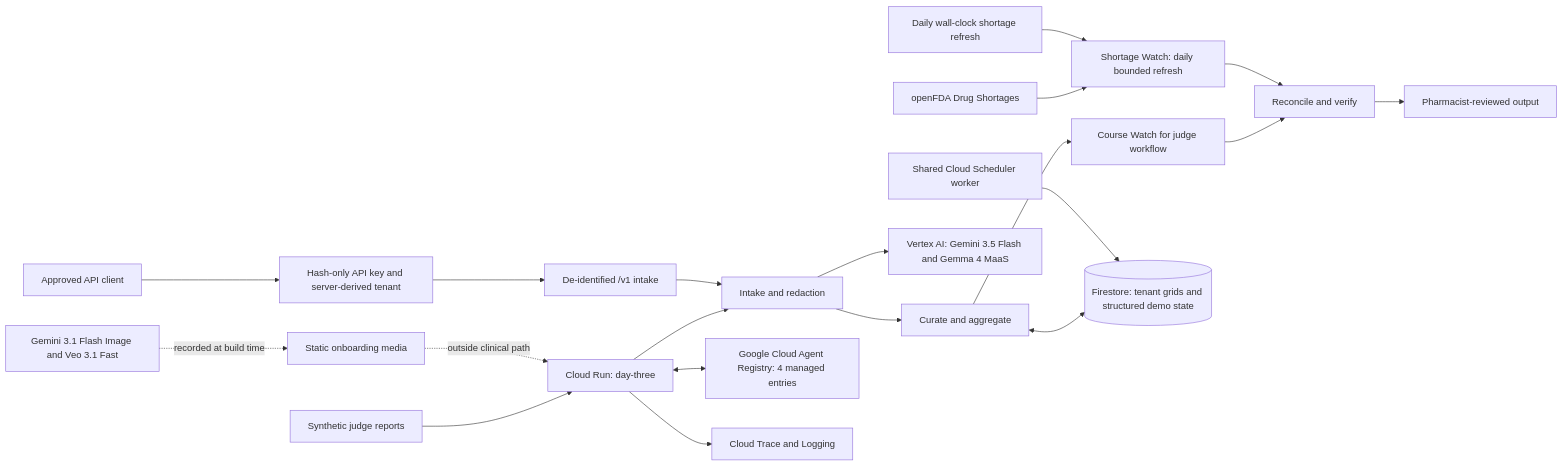
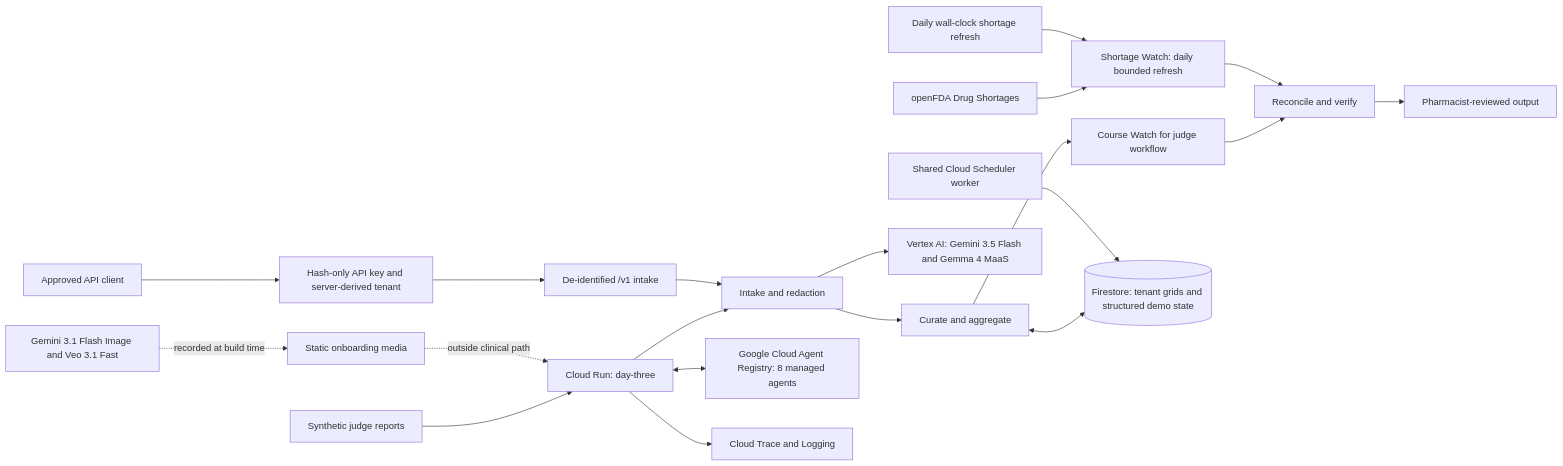
One commit to usv240/day-three changed the diagram in README.md. Above: the diagram before and after it, drawn with Mermaid. The commit also changed other lines of this file and 17 other files, not shown here.

````diff
--- a/README.md
+++ b/README.md
@@ -71,22 +73,22 @@
 ```mermaid
 flowchart LR
     A[Synthetic judge reports] --> B[Cloud Run: day-three]
     API[Approved API client] --> K[Hash-only API key and server-derived tenant]
     K --> DI[De-identified /v1 intake]
     B --> I[Intake and redaction]
     DI --> I
     I --> C[Curate and aggregate]
     C --> W[Course Watch for judge workflow]
     W --> R[Reconcile and verify]
     D[openFDA Drug Shortages] --> SW[Shortage Watch: daily bounded refresh]
     SW --> R
     DS[Daily wall-clock shortage refresh] --> SW
     C <--> F[(Firestore: tenant grids and structured demo state)]
     I --> V[Vertex AI: Gemini 3.5 Flash and Gemma 4 MaaS]
     S[Shared Cloud Scheduler worker] --> F
-    B <--> G[Google Cloud Agent Registry: 4 managed entries]
+    B <--> G[Google Cloud Agent Registry: 8 managed agents]
     B --> T[Cloud Trace and Logging]
     R --> H[Pharmacist-reviewed output]
     M[Gemini 3.1 Flash Image and Veo 3.1 Fast] -. recorded at build time .-> O[Static onboarding media]
     O -. outside clinical path .-> B
 ```
````
